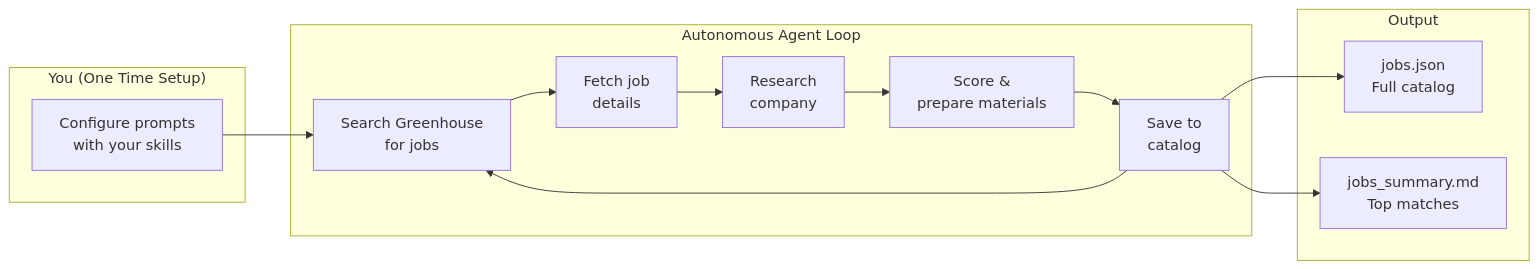
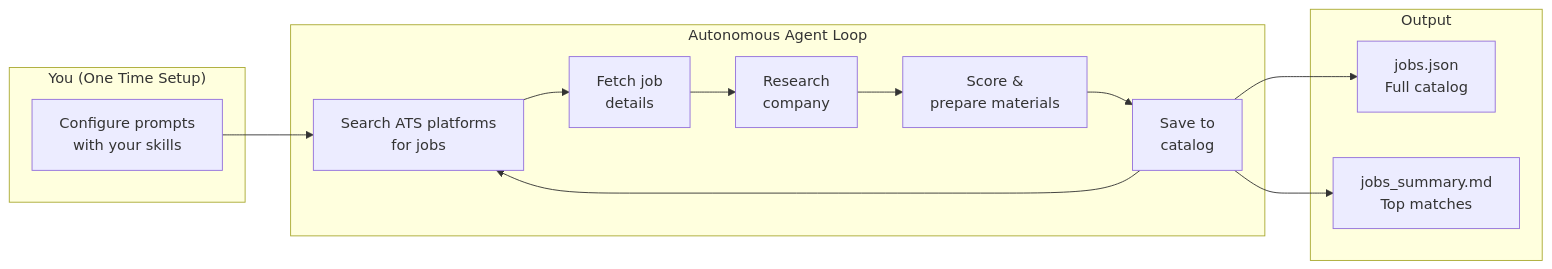
Before and after one commit to stxkxs/autonomous-job-search: the first of 3 diagrams in README.md, drawn with Mermaid. The commit also changed other lines of this file and 3 other files, not shown here.

````diff
--- a/README.md
+++ b/README.md
@@ -9,23 +9,23 @@
 ```mermaid
 flowchart LR
     subgraph You["You (One Time Setup)"]
         A[Configure prompts<br/>with your skills]
     end
 
     subgraph Agent["Autonomous Agent Loop"]
-        B[Search Greenhouse<br/>for jobs] --> C[Fetch job<br/>details]
+        B[Search ATS platforms<br/>for jobs] --> C[Fetch job<br/>details]
         C --> D[Research<br/>company]
         D --> E[Score &<br/>prepare materials]
         E --> F[Save to<br/>catalog]
         F --> B
     end
 
     subgraph Output["Output"]
         G[jobs.json<br/>Full catalog]
         H[jobs_summary.md<br/>Top matches]
     end
 
     A --> B
     F --> G
     F --> H
 ```
````
